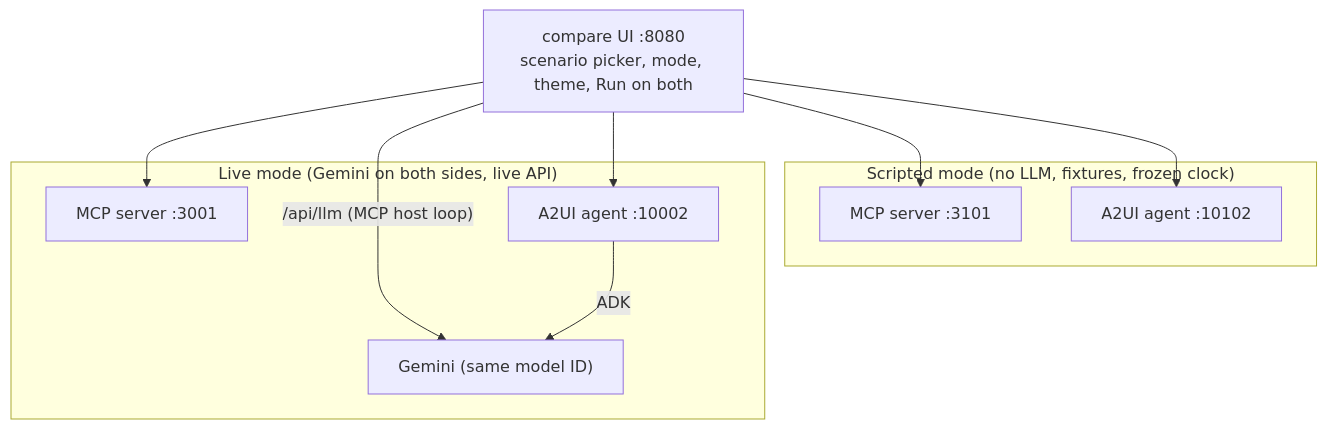
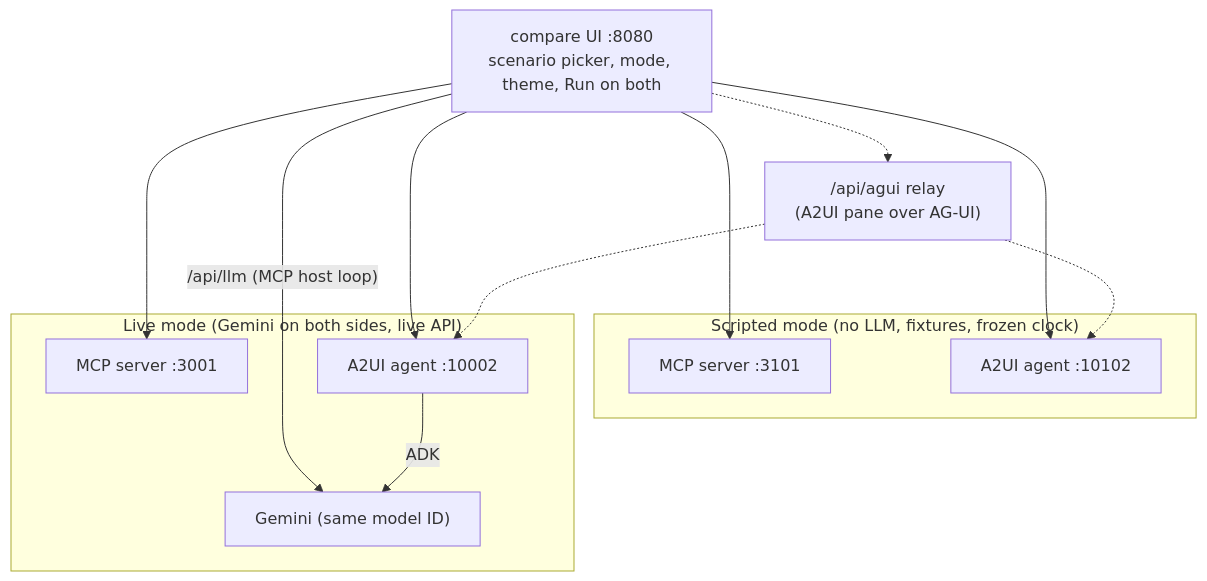
The fifth of 5 diagrams in docs/ARCHITECTURE.md (batou9150/agentic-ui-compared), drawn with Mermaid before and after one commit. The commit also changed other lines of this file and 38 other files, not shown here.

````diff
--- a/docs/ARCHITECTURE.md
+++ b/docs/ARCHITECTURE.md
@@ -126,17 +180,19 @@
 ```mermaid
 flowchart TB
   ui["compare UI :8080<br/>scenario picker, mode, theme, Run on both"]
   subgraph scripted["Scripted mode (no LLM, fixtures, frozen clock)"]
     m1["MCP server :3101"]
     a1["A2UI agent :10102"]
   end
   subgraph live["Live mode (Gemini on both sides, live API)"]
     m2["MCP server :3001"]
     a2["A2UI agent :10002"]
     g["Gemini (same model ID)"]
   end
+  relay["/api/agui relay<br/>(A2UI pane over AG-UI)"]
   ui --> m1 & a1
   ui --> m2 & a2
+  ui -.-> relay -.-> a1 & a2
   ui -- "/api/llm (MCP host loop)" --> g
   a2 -- "ADK" --> g
 ```
````
